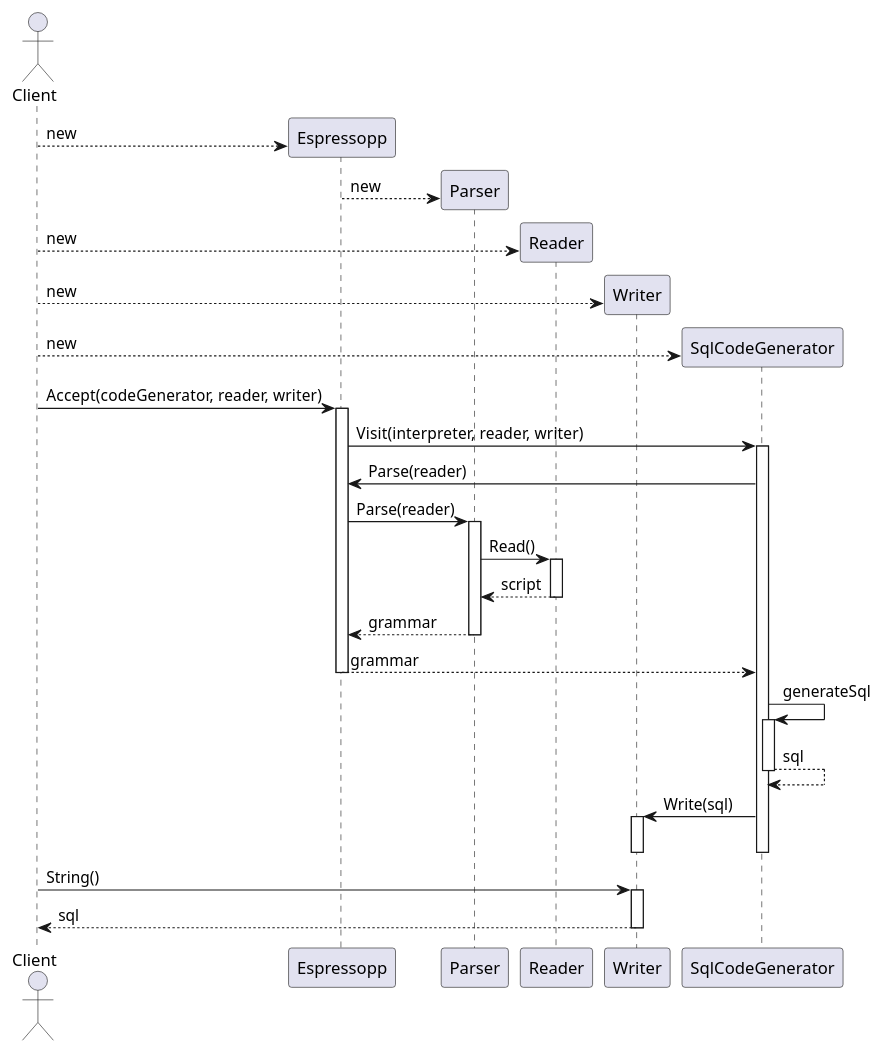
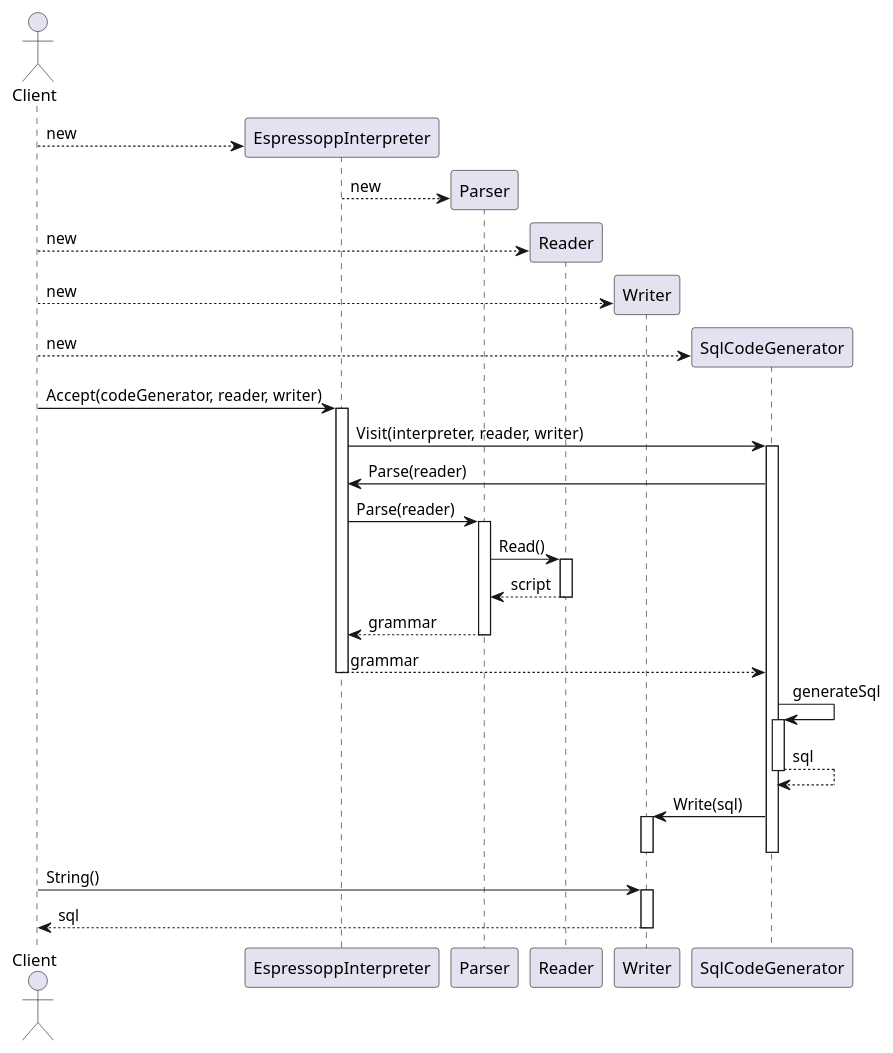
The third of 4 diagrams in docs/espressopp-sdd.adoc (skeeterhealth/espressopp), drawn with PlantUML before and after one commit. The commit also changed other lines of this file, not shown here.

Commit message:
feat: rename Espessopp to EspressoppInterpreter

```diff
--- a/docs/espressopp-sdd.adoc
+++ b/docs/espressopp-sdd.adoc
@@ -149,37 +149,37 @@
 [plantuml, format="png", id="interpret-espressopp-script"]
 ----
 actor Client
-create Espressopp
-Client --> Espressopp : new
+create EspressoppInterpreter
+Client --> EspressoppInterpreter : new
 create Parser
-Espressopp --> Parser : new
+EspressoppInterpreter --> Parser : new
 create Reader
 Client --> Reader : new
 create Writer
 Client --> Writer : new
 create SqlCodeGenerator
 Client --> SqlCodeGenerator : new
-Client -> Espressopp : Accept(codeGenerator, reader, writer)
-activate Espressopp
-Espressopp -> SqlCodeGenerator : Visit(interpreter, reader, writer)
+Client -> EspressoppInterpreter : Accept(codeGenerator, reader, writer)
+activate EspressoppInterpreter
+EspressoppInterpreter -> SqlCodeGenerator : Visit(interpreter, reader, writer)
 activate SqlCodeGenerator
-SqlCodeGenerator -> Espressopp : Parse(reader)
-Espressopp -> Parser : Parse(reader)
+SqlCodeGenerator -> EspressoppInterpreter : Parse(reader)
+EspressoppInterpreter -> Parser : Parse(reader)
 activate Parser
 Parser -> Reader : Read()
 activate Reader
 return script
 return grammar
-Espressopp --> SqlCodeGenerator : grammar
-deactivate Espressopp
+EspressoppInterpreter --> SqlCodeGenerator : grammar
+deactivate EspressoppInterpreter
 SqlCodeGenerator -> SqlCodeGenerator : generateSql
 activate SqlCodeGenerator
 return sql
 SqlCodeGenerator -> Writer : Write(sql)
 activate Writer
 deactivate SqlCodeGenerator
 deactivate Writer
 Client -> Writer : String()
 activate Writer
 return sql
 ----
```
